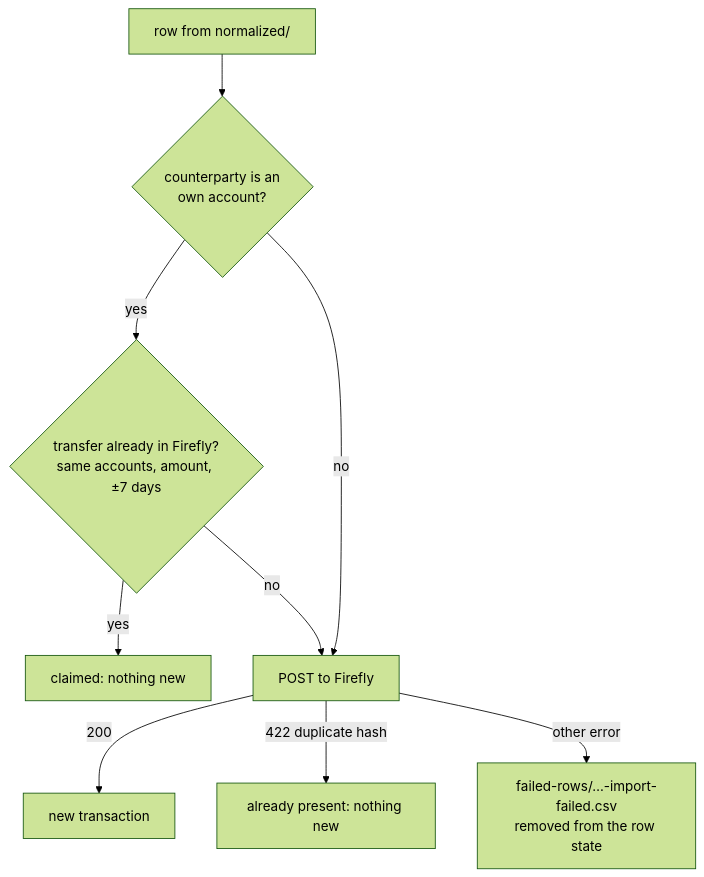
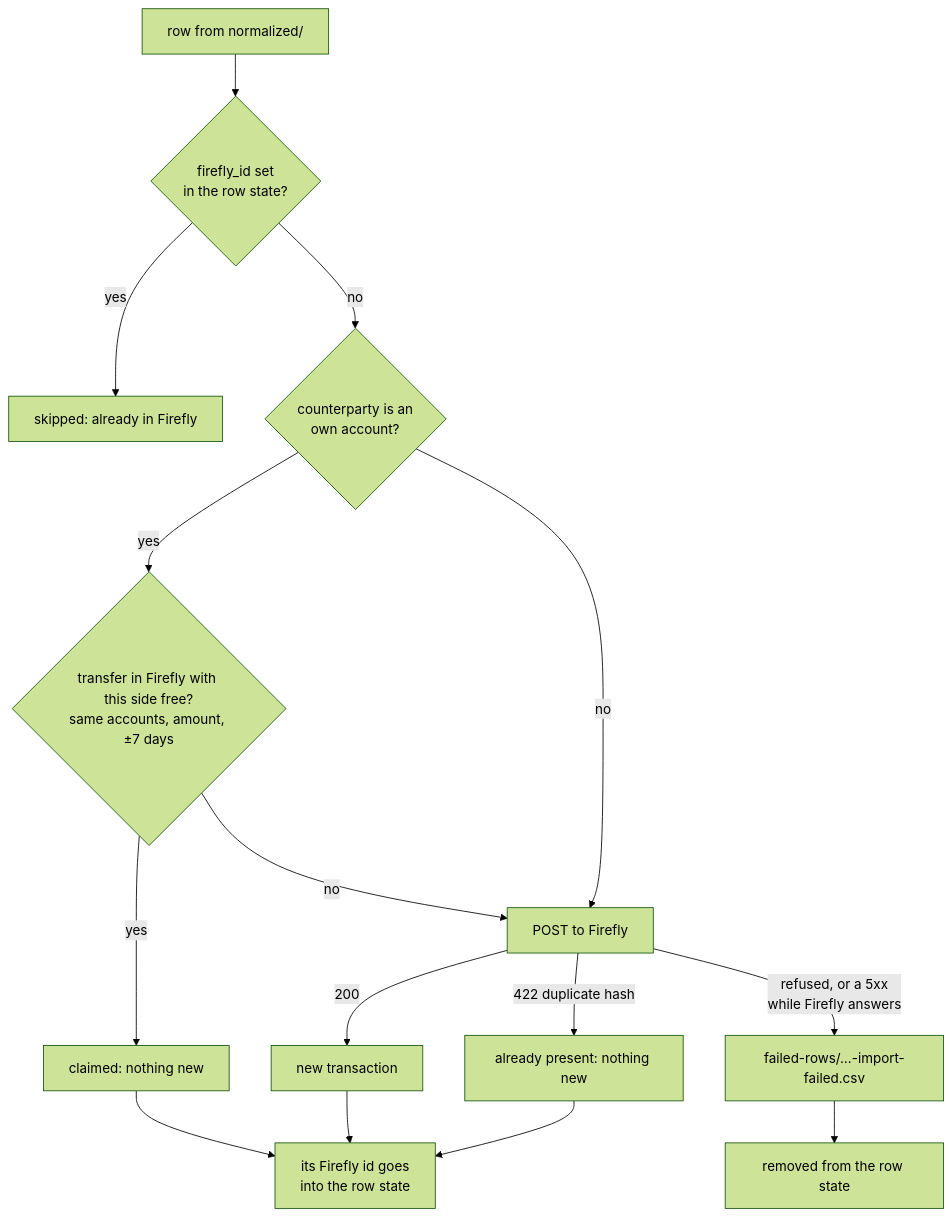
The fourth of 8 diagrams in docs/archive-and-reload.md (TrueNAS-Script-Kiddie/firefly-iii-feeder), drawn with Mermaid (forest theme) before and after one commit. The commit also changed other lines of this file and 8 other files, not shown here.

First line of the commit message:
Docs: one place per fact; diagrams; setup checklist

````diff
--- a/docs/archive-and-reload.md
+++ b/docs/archive-and-reload.md
@@ -121,11 +121,17 @@
 ```mermaid
 flowchart TD
-    R[row from normalized/] --> T{counterparty is an<br/>own account?}
-    T -->|yes| C{transfer already in Firefly?<br/>same accounts, amount, ±7 days}
+    R[row from normalized/] --> K{firefly_id set<br/>in the row state?}
+    K -->|yes| SK[skipped: already in Firefly]
+    K -->|no| T{counterparty is an<br/>own account?}
+    T -->|yes| C{transfer in Firefly with this side free?<br/>same accounts, amount, ±7 days}
     C -->|yes| CL[claimed: nothing new]
     C -->|no| P
     T -->|no| P[POST to Firefly]
     P -->|200| NEW[new transaction]
     P -->|422 duplicate hash| AP[already present: nothing new]
-    P -->|other error| IF["failed-rows/…-import-failed.csv<br/>removed from the row state"]
+    P -->|"refused, or a 5xx<br/>while Firefly answers"| IF["failed-rows/…-import-failed.csv"]
+    CL --> ID[its Firefly id goes<br/>into the row state]
+    NEW --> ID
+    AP --> ID
+    IF --> RM[removed from the row state]
 ```
````
